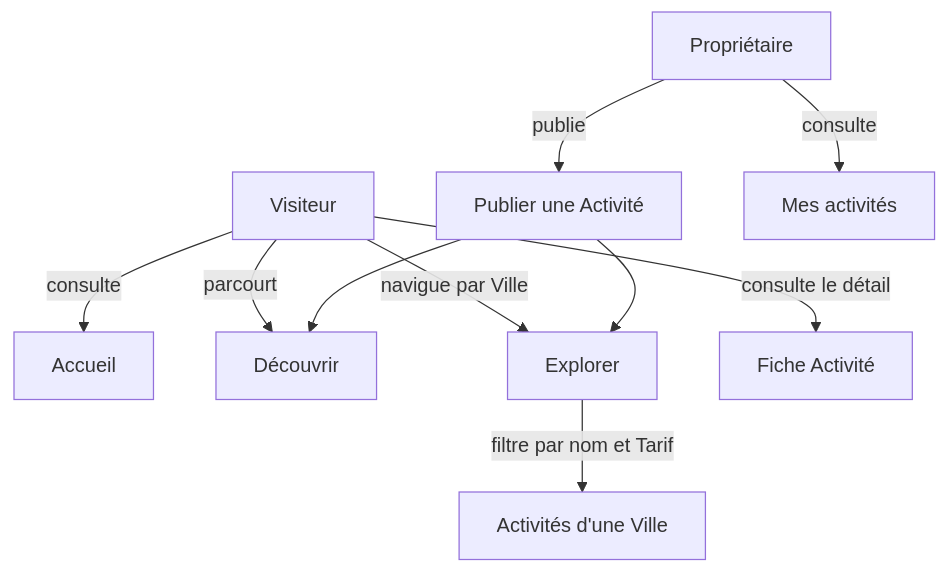
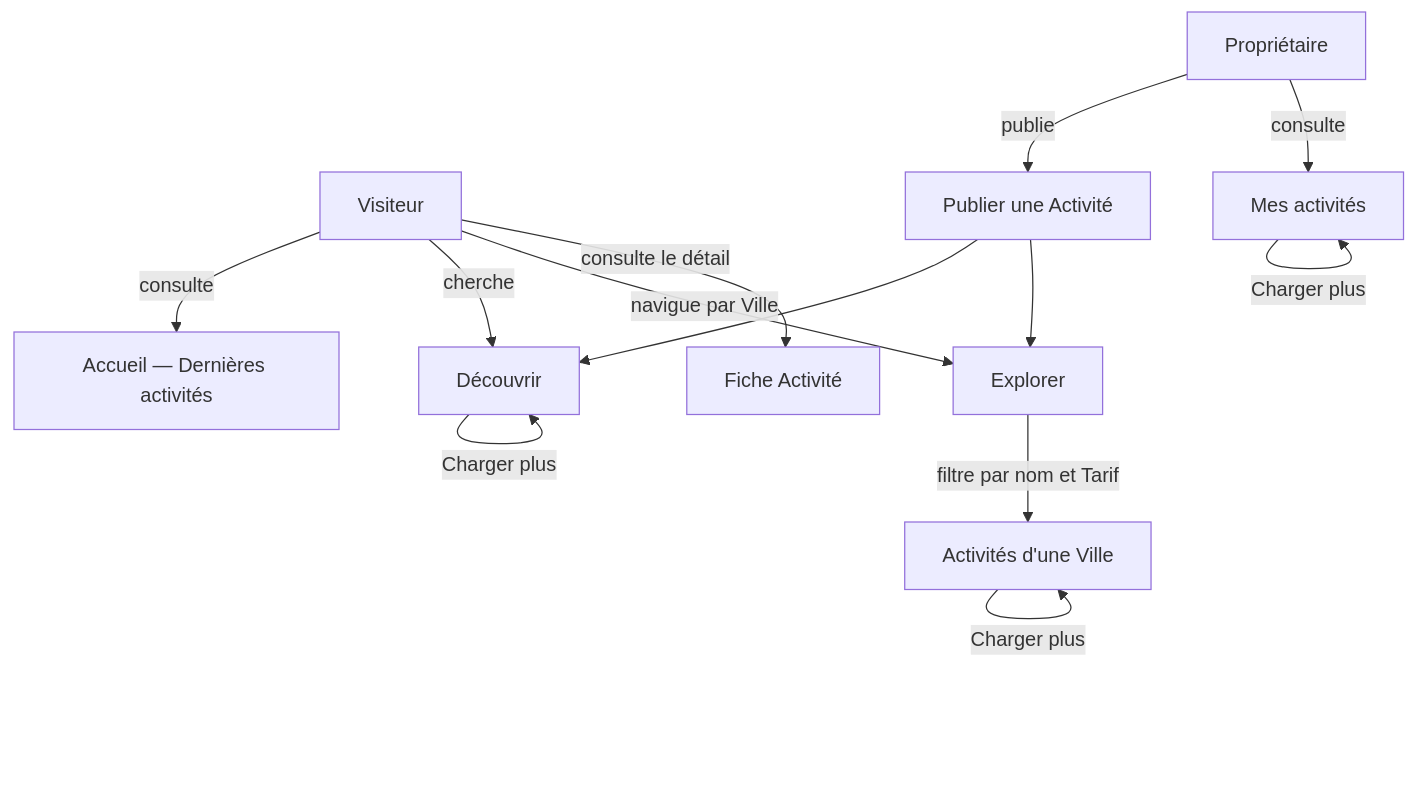
Before and after one commit to rlapray/naboo-case-study: the diagram in docs/features/FEATURES.CATALOGUE.md, drawn with Mermaid. The commit also changed other lines of this file and 4 other files, not shown here.

````diff
--- a/docs/features/FEATURES.CATALOGUE.md
+++ b/docs/features/FEATURES.CATALOGUE.md
@@ -9,12 +9,15 @@
 ```mermaid
 graph TD
-    V[Visiteur] -->|consulte| ACC[Accueil]
-    V -->|parcourt| DEC[Découvrir]
+    V[Visiteur] -->|consulte| ACC[Accueil — Dernières activités]
+    V -->|cherche| DEC[Découvrir]
     V -->|navigue par Ville| EXP[Explorer]
     V -->|consulte le détail| DET[Fiche Activité]
     EXP -->|filtre par nom et Tarif| EXPC[Activités d'une Ville]
+    DEC -->|Charger plus| DEC
+    EXPC -->|Charger plus| EXPC
     P[Propriétaire] -->|publie| PUB[Publier une Activité]
     P -->|consulte| MES[Mes activités]
+    MES -->|Charger plus| MES
     PUB --> DEC
     PUB --> EXP
 ```
````
